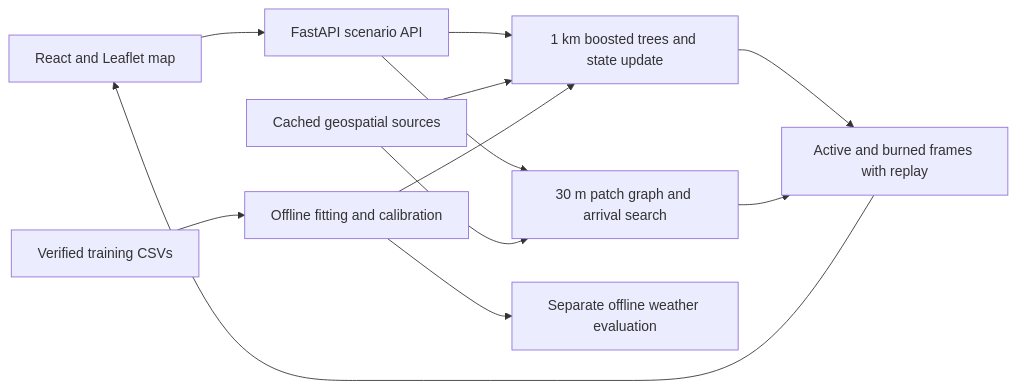
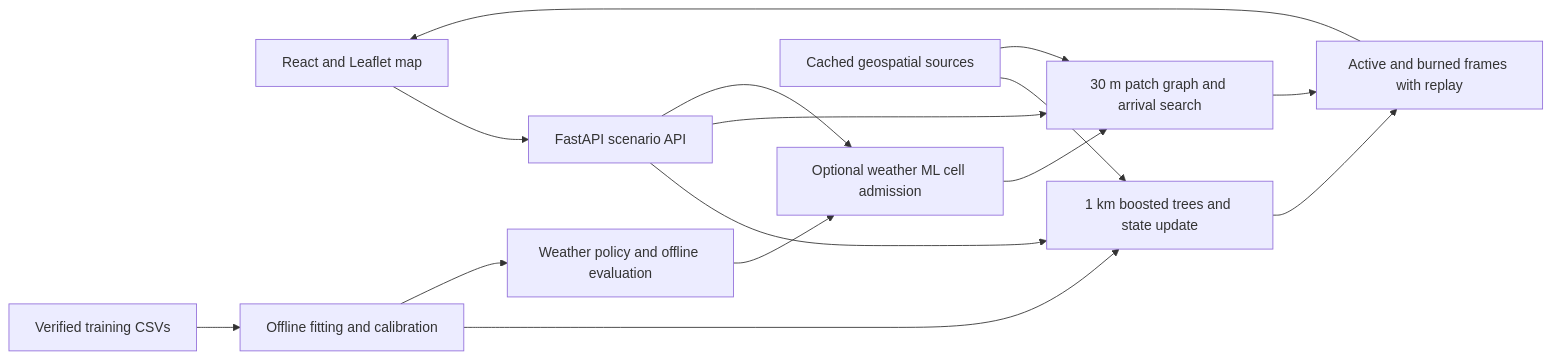
One commit to sunfish141/Flickr-Flow changed the diagram in docs/hackathon-summary.md. Above: the diagram before and after it, drawn with Mermaid. The commit also changed other lines of this file and 23 other files, not shown here.

````diff
--- a/docs/hackathon-summary.md
+++ b/docs/hackathon-summary.md
@@ -57,14 +60,17 @@
 ```mermaid
 flowchart LR
     UI[React and Leaflet map] --> API[FastAPI scenario API]
     API --> ML[1 km boosted trees and state update]
     API --> Graph[30 m patch graph and arrival search]
+    API --> Hybrid[Optional weather ML cell admission]
+    Hybrid --> Graph
     Cache[Cached geospatial sources] --> ML
     Cache --> Graph
     ML --> Frames[Active and burned frames with replay]
     Graph --> Frames
     Frames --> UI
     CSV[Verified training CSVs] --> Fit[Offline fitting and calibration]
     Fit --> ML
-    Fit --> Weather[Separate offline weather evaluation]
+    Fit --> Weather[Weather policy and offline evaluation]
+    Weather --> Hybrid
 ```
````
